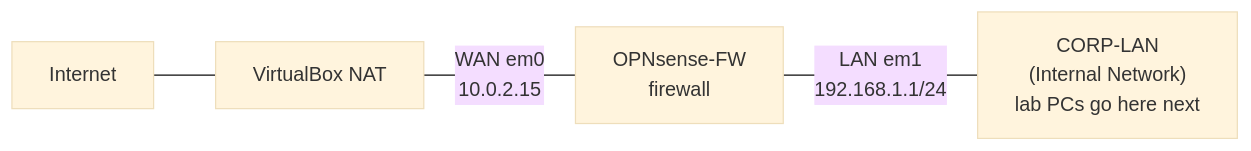
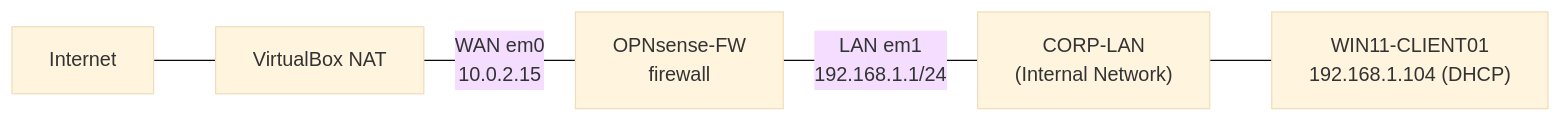
The third of 3 diagrams in README.md (jaydenambrose5-beep/cybersecurity-labs), drawn with Mermaid (base theme) before and after one commit. The commit also changed other lines of this file and 9 other files, not shown here.

````diff
--- a/README.md
+++ b/README.md
@@ -631,6 +633,7 @@
 ```mermaid
 flowchart LR
     NET["Internet"] --- NAT["VirtualBox NAT"]
     NAT -- "WAN em0<br/>10.0.2.15" --- FW["OPNsense-FW<br/>firewall"]
-    FW -- "LAN em1<br/>192.168.1.1/24" --- LAN["CORP-LAN<br/>(Internal Network)<br/>lab PCs go here next"]
+    FW -- "LAN em1<br/>192.168.1.1/24" --- LAN["CORP-LAN<br/>(Internal Network)"]
+    LAN --- PC["WIN11-CLIENT01<br/>192.168.1.104 (DHCP)"]
 ```
````
